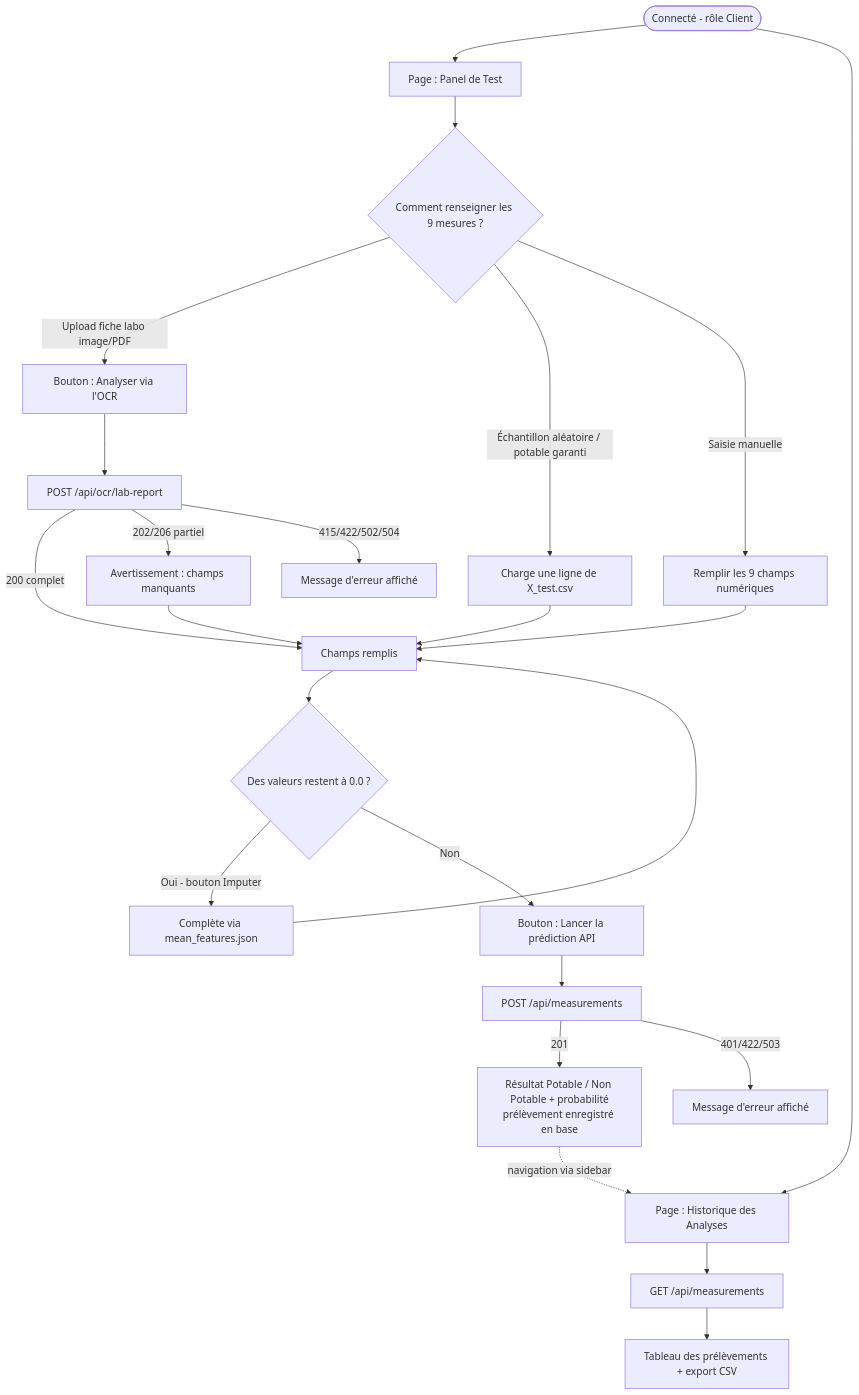
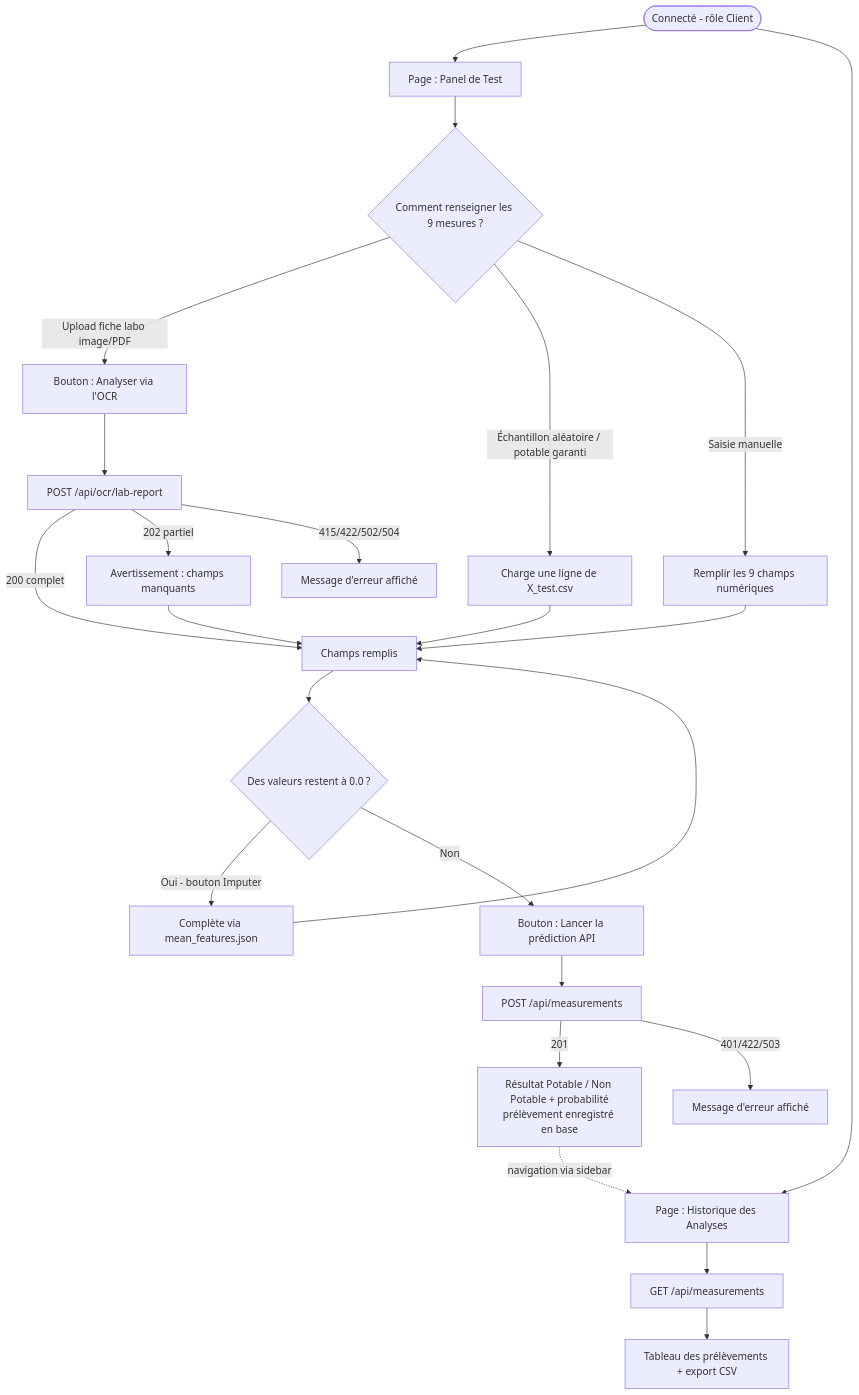
One commit to Sonicario49/waterflow2 changed the second of 4 diagrams in docs/parcours_utilisateurs.md. Above: the diagram before and after it, drawn with Mermaid. The commit also changed 18 other files, not shown here.

````diff
--- a/docs/parcours_utilisateurs.md
+++ b/docs/parcours_utilisateurs.md
@@ -26,27 +26,27 @@
 ```mermaid
 flowchart TD
     Start([Connecté - rôle Client]) --> Panel[Page : Panel de Test]
 
     Panel --> Choice{Comment renseigner les 9 mesures ?}
     Choice -->|Upload fiche labo image/PDF| OCR[Bouton : Analyser via l'OCR]
     OCR --> OCRcall[POST /api/ocr/lab-report]
     OCRcall -->|200 complet| Fields[Champs remplis]
-    OCRcall -->|202/206 partiel| Warn[Avertissement : champs manquants] --> Fields
+    OCRcall -->|202 partiel| Warn[Avertissement : champs manquants] --> Fields
     OCRcall -->|415/422/502/504| ErrOCR[Message d'erreur affiché]
 
     Choice -->|Échantillon aléatoire / potable garanti| Sample[Charge une ligne de X_test.csv] --> Fields
     Choice -->|Saisie manuelle| Manual[Remplir les 9 champs numériques] --> Fields
 
     Fields --> Impute{Des valeurs restent à 0.0 ?}
     Impute -->|Oui - bouton Imputer| ImputeCall[Complète via mean_features.json] --> Fields
     Impute -->|Non| Predict[Bouton : Lancer la prédiction API]
 
     Predict --> PredictCall[POST /api/measurements]
     PredictCall -->|201| Result[Résultat Potable / Non Potable + probabilité<br/>prélèvement enregistré en base]
     PredictCall -->|401/422/503| ErrPred[Message d'erreur affiché]
 
     Start --> Hist[Page : Historique des Analyses]
     Hist --> HistCall[GET /api/measurements]
     HistCall --> Table[Tableau des prélèvements + export CSV]
     Result -.->|navigation via sidebar| Hist
 ```
````
